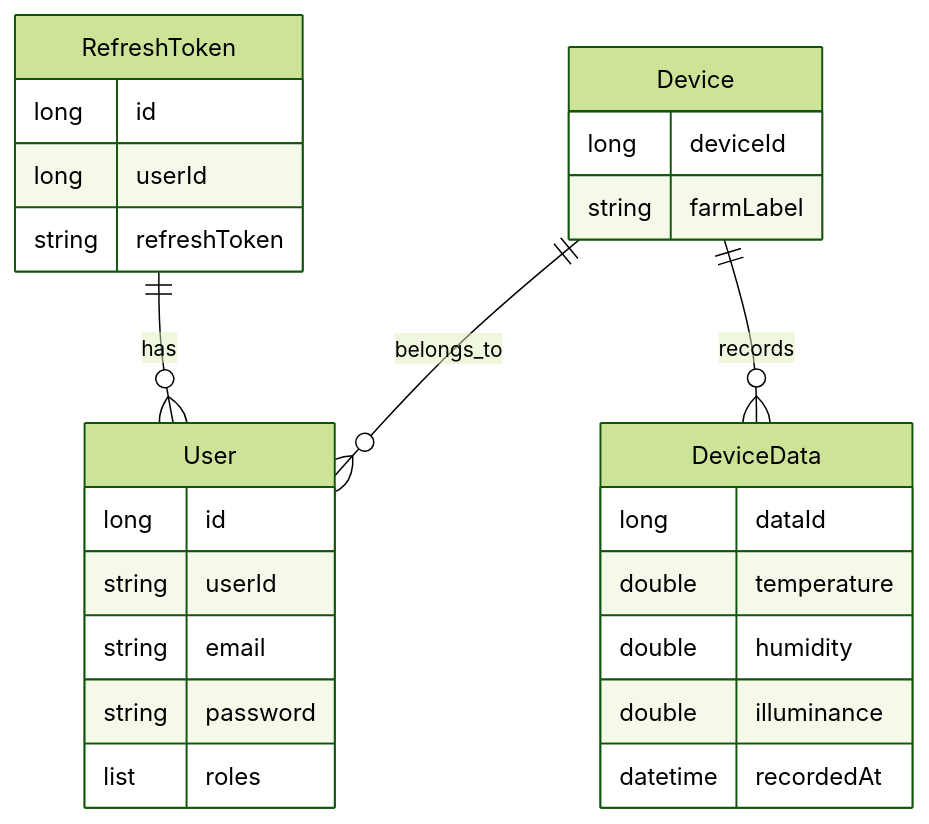
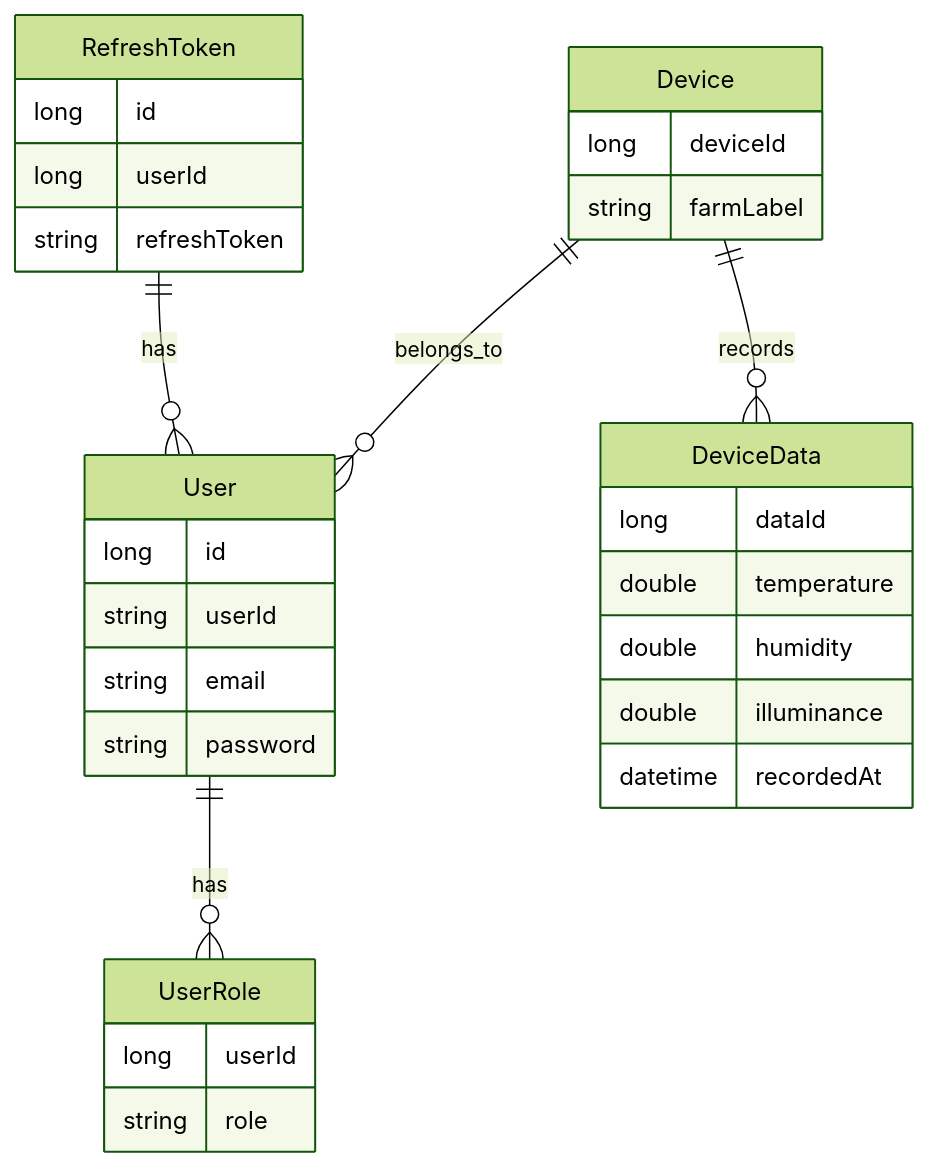
One commit to jadewisemann/Smart_Farm_Monitoring_System changed the diagram in doc/diagram/er_diagram.md. Above: the diagram before and after it, drawn with Mermaid (forest theme).

````diff
--- a/doc/diagram/er_diagram.md
+++ b/doc/diagram/er_diagram.md
@@ -1,33 +1,38 @@
 ```mermaid
 erDiagram
     RefreshToken {
         long id
         long userId
         string refreshToken
     }
     
     User {
         long id
         string userId
         string email
         string password
-        list roles
     }
     
     Device {
         long deviceId
         string farmLabel
     }
 
     DeviceData {
         long dataId
         double temperature
         double humidity
         double illuminance
         datetime recordedAt
     }
+
+    UserRole {
+        long userId
+        string role
+    }
     
     RefreshToken ||--o{ User : has
     Device ||--o{ User : belongs_to
     Device ||--o{ DeviceData : records
+    User ||--o{ UserRole : has
 ```
````
